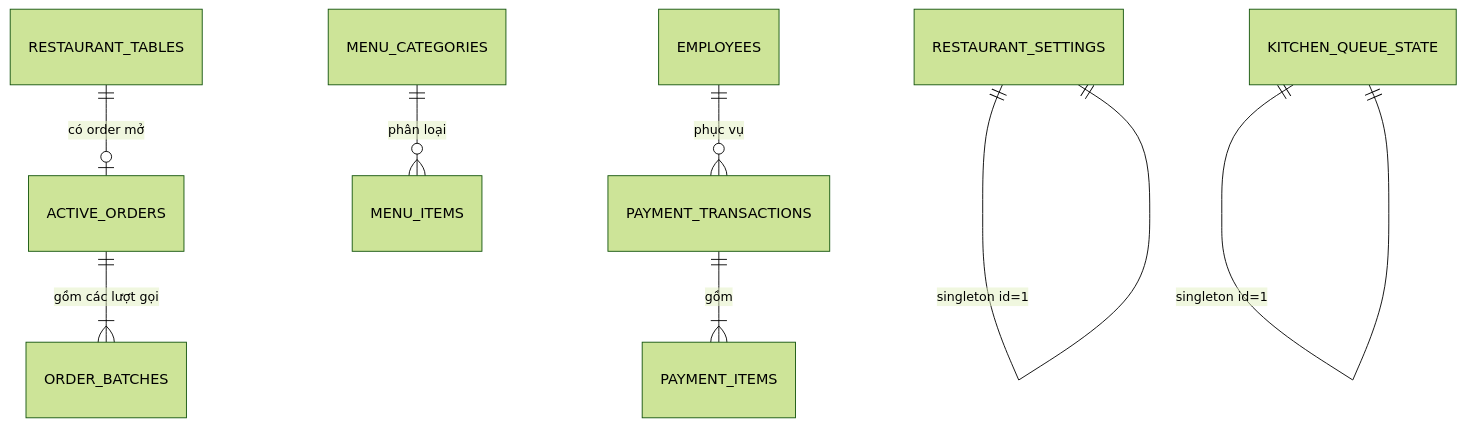
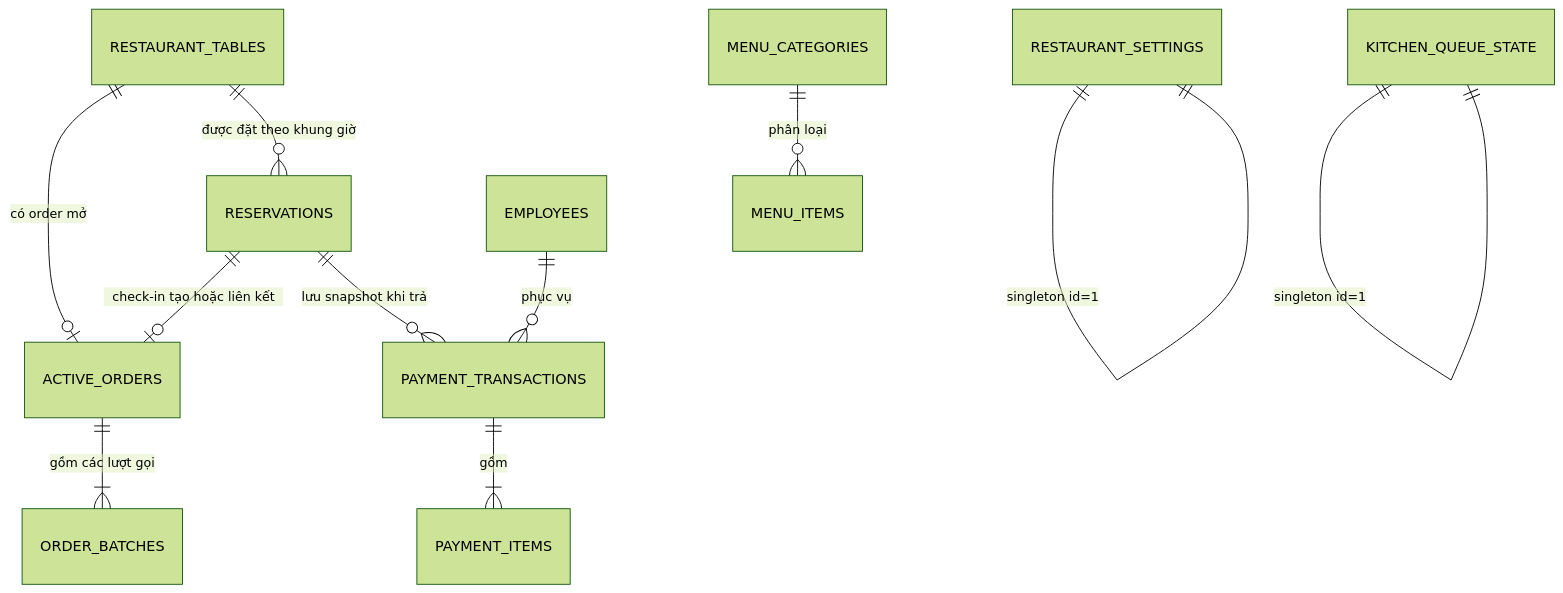
Before and after one commit to Bao0807/Restaurant_CASv2: the second of 2 diagrams in README.md, drawn with Mermaid (forest theme). The commit also changed other lines of this file and 42 other files, not shown here.

````diff
--- a/README.md
+++ b/README.md
@@ -247,10 +266,13 @@
 ```mermaid
 erDiagram
   RESTAURANT_TABLES ||--o| ACTIVE_ORDERS : "có order mở"
+  RESTAURANT_TABLES ||--o{ RESERVATIONS : "được đặt theo khung giờ"
+  RESERVATIONS ||--o| ACTIVE_ORDERS : "check-in tạo hoặc liên kết"
+  RESERVATIONS ||--o{ PAYMENT_TRANSACTIONS : "lưu snapshot khi trả"
   ACTIVE_ORDERS ||--|{ ORDER_BATCHES : "gồm các lượt gọi"
   MENU_CATEGORIES ||--o{ MENU_ITEMS : "phân loại"
   EMPLOYEES ||--o{ PAYMENT_TRANSACTIONS : "phục vụ"
   PAYMENT_TRANSACTIONS ||--|{ PAYMENT_ITEMS : "gồm"
   RESTAURANT_SETTINGS ||--|| RESTAURANT_SETTINGS : "singleton id=1"
   KITCHEN_QUEUE_STATE ||--|| KITCHEN_QUEUE_STATE : "singleton id=1"
 ```
````
